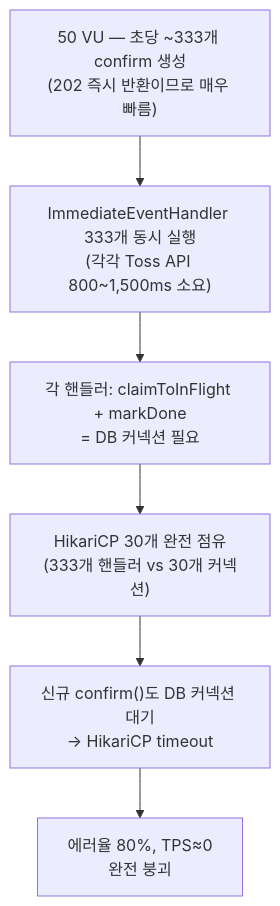
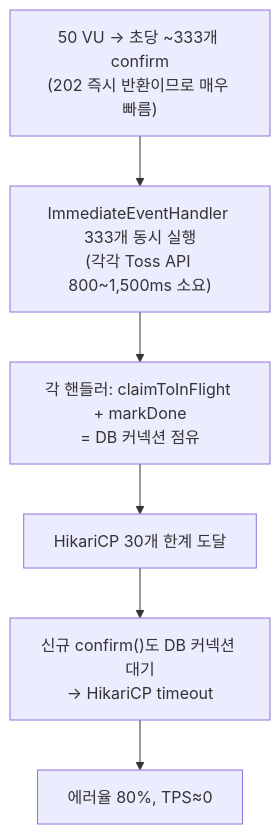
Before and after one commit to hyoguoo/payment-platform: the fifth of 6 diagrams in docs/BENCHMARK-REPORT.md, drawn with Mermaid. The commit also changed other lines of this file and 1 other file, not shown here.

````diff
--- a/docs/BENCHMARK-REPORT.md
+++ b/docs/BENCHMARK-REPORT.md
@@ -215,9 +189,9 @@
 ```mermaid
 graph TD
-    A["50 VU — 초당 ~333개 confirm 생성\n(202 즉시 반환이므로 매우 빠름)"]
+    A["50 VU → 초당 ~333개 confirm\n(202 즉시 반환이므로 매우 빠름)"]
     A --> B["ImmediateEventHandler 333개 동시 실행\n(각각 Toss API 800~1,500ms 소요)"]
-    B --> C["각 핸들러: claimToInFlight + markDone\n= DB 커넥션 필요"]
-    C --> D["HikariCP 30개 완전 점유\n(333개 핸들러 vs 30개 커넥션)"]
+    B --> C["각 핸들러: claimToInFlight + markDone\n= DB 커넥션 점유"]
+    C --> D["HikariCP 30개 한계 도달"]
     D --> E["신규 confirm()도 DB 커넥션 대기\n→ HikariCP timeout"]
-    E --> F["에러율 80%, TPS≈0\n완전 붕괴"]
+    E --> F["에러율 80%, TPS≈0"]
 ```
````
